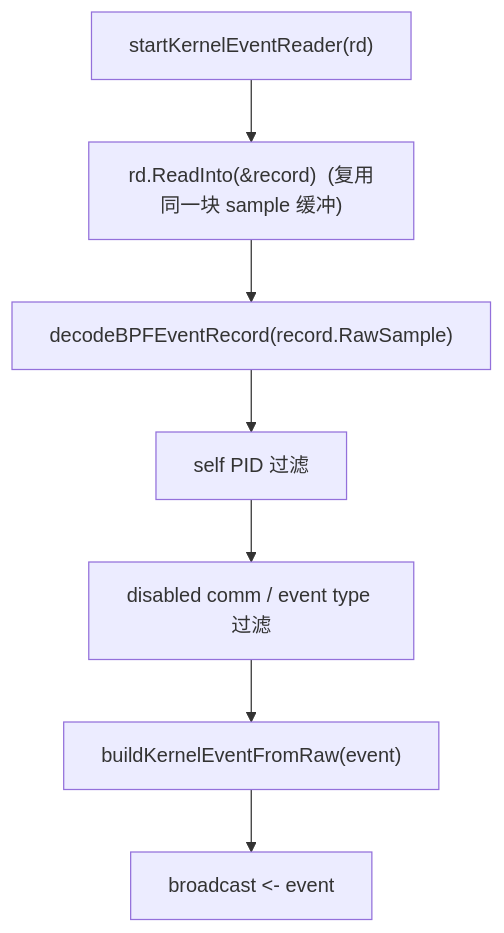
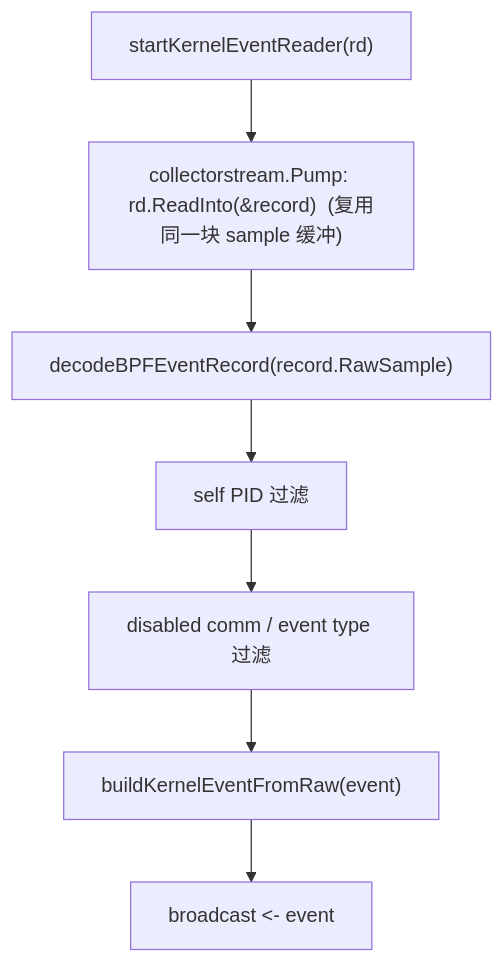
One commit to stevessr/agent-ebpf-filter changed the diagram in docs/backend/event-pipeline.md. Above: the diagram before and after it, drawn with Mermaid. The commit also changed other lines of this file, not shown here.

````diff
--- a/docs/backend/event-pipeline.md
+++ b/docs/backend/event-pipeline.md
@@ -9,9 +9,9 @@
 ```mermaid
 flowchart TD
-    Start["startKernelEventReader(rd)"] --> Read["rd.ReadInto(&record)  (复用同一块 sample 缓冲)"]
+    Start["startKernelEventReader(rd)"] --> Read["collectorstream.Pump: rd.ReadInto(&record)  (复用同一块 sample 缓冲)"]
     Read --> Decode["decodeBPFEventRecord(record.RawSample)"]
     Decode --> SelfFilter["self PID 过滤"]
     SelfFilter --> DisabledFilter["disabled comm / event type 过滤"]
     DisabledFilter --> Build["buildKernelEventFromRaw(event)"]
     Build --> Broadcast["broadcast &lt;- event"]
 ```
````
